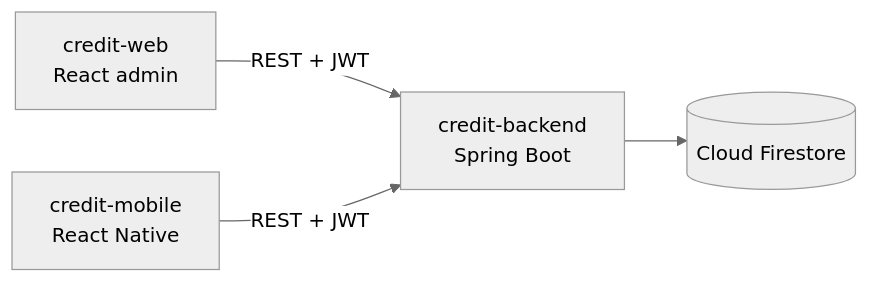
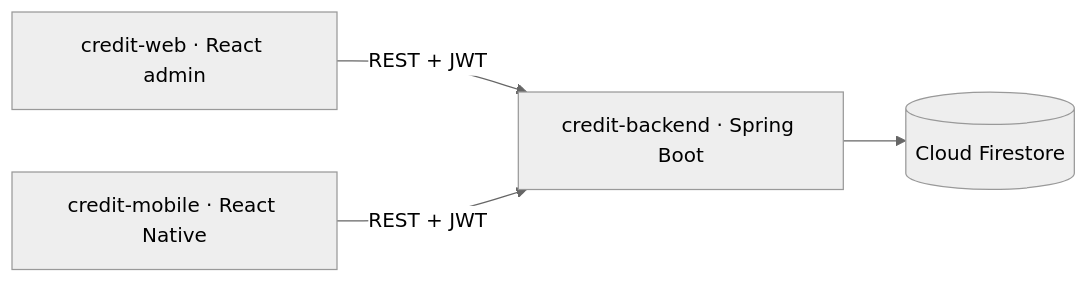
One commit to CarlosPolo019/credit-mobile changed the first of 2 diagrams in README.md. Above: the diagram before and after it, drawn with Mermaid (neutral theme).

Commit message:
fix(docs): remove <br/> from Mermaid node labels, breaks GitHub's renderer

````diff
--- a/README.md
+++ b/README.md
@@ -17,6 +17,6 @@
 ```mermaid
 flowchart LR
-  web["credit-web<br/>React admin"] -->|REST + JWT| api["credit-backend<br/>Spring Boot"]
-  mobile["credit-mobile<br/>React Native"] -->|REST + JWT| api
+  web["credit-web · React admin"] -->|REST + JWT| api["credit-backend · Spring Boot"]
+  mobile["credit-mobile · React Native"] -->|REST + JWT| api
   api --> firestore[("Cloud Firestore")]
 ```
````
